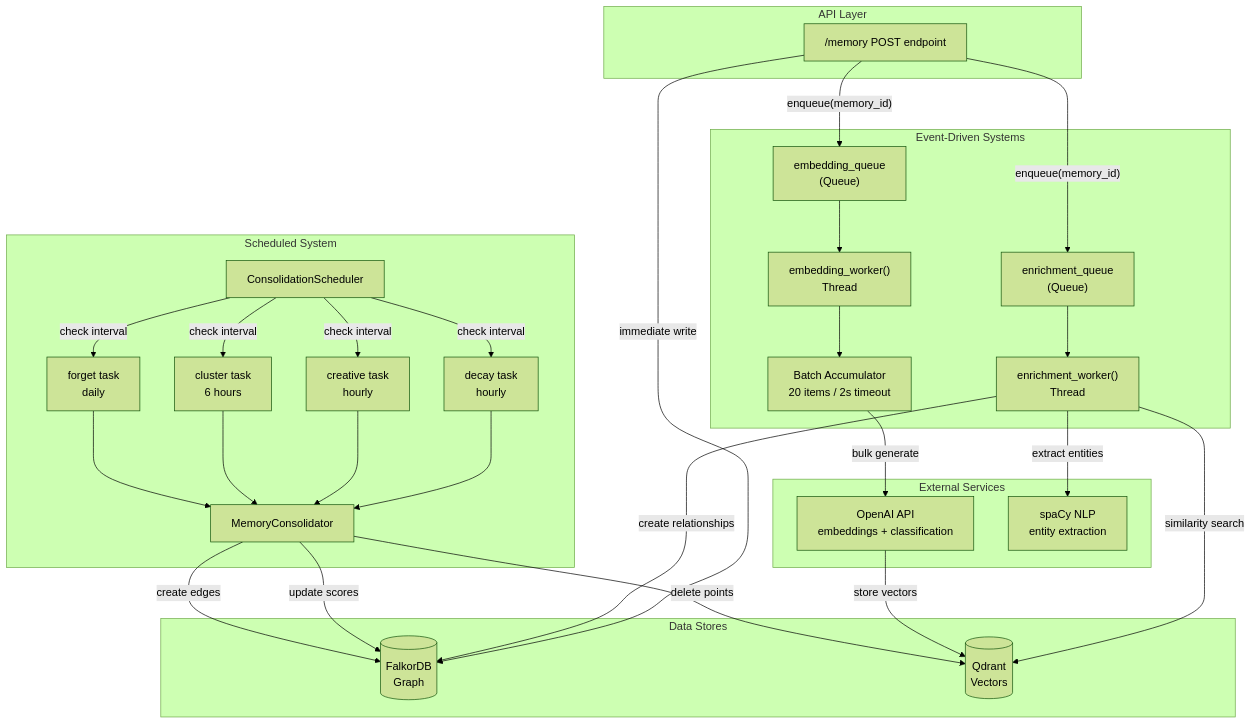
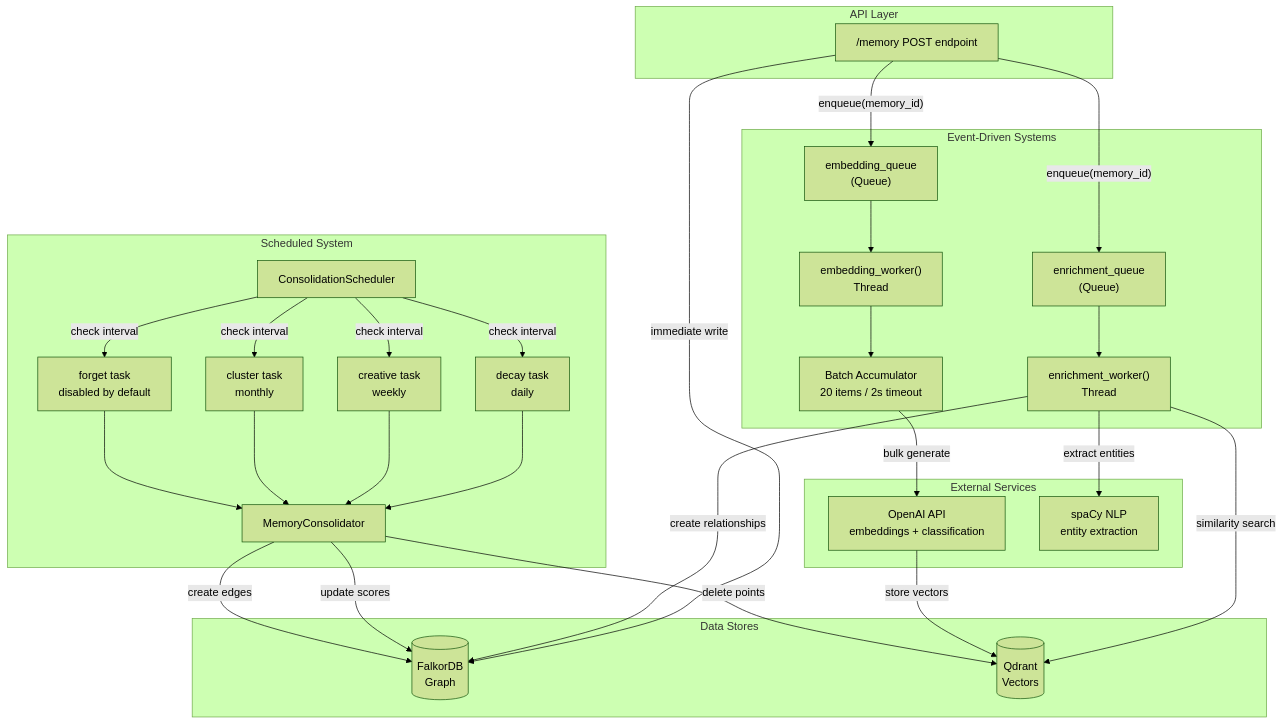
One commit to verygoodplugins/automem-website changed the first of 3 diagrams in src/content/docs/docs/architecture/overview.md. Above: the diagram before and after it, drawn with Mermaid (forest theme). The commit also changed other lines of this file and 15 other files, not shown here.

````diff
--- a/src/content/docs/docs/architecture/overview.md
+++ b/src/content/docs/docs/architecture/overview.md
@@ -64,63 +64,63 @@
 ```mermaid
 graph TB
     subgraph "API Layer"
         POST["/memory POST endpoint"]
     end
 
     subgraph "Event-Driven Systems"
         EQ["enrichment_queue<br/>(Queue)"]
         EW["enrichment_worker()<br/>Thread"]
 
         EmQ["embedding_queue<br/>(Queue)"]
         EmW["embedding_worker()<br/>Thread"]
         Batch["Batch Accumulator<br/>20 items / 2s timeout"]
     end
 
     subgraph "Scheduled System"
         Sched["ConsolidationScheduler"]
         Consol["MemoryConsolidator"]
 
-        Decay["decay task<br/>hourly"]
-        Creative["creative task<br/>hourly"]
-        Cluster["cluster task<br/>6 hours"]
-        Forget["forget task<br/>daily"]
+        Decay["decay task<br/>daily"]
+        Creative["creative task<br/>weekly"]
+        Cluster["cluster task<br/>monthly"]
+        Forget["forget task<br/>disabled by default"]
     end
 
     subgraph "Data Stores"
         Falkor[("FalkorDB<br/>Graph")]
         Qdrant[("Qdrant<br/>Vectors")]
     end
 
     subgraph "External Services"
         OpenAI["OpenAI API<br/>embeddings + classification"]
         Spacy["spaCy NLP<br/>entity extraction"]
     end
 
     POST -->|"enqueue(memory_id)"| EQ
     POST -->|"enqueue(memory_id)"| EmQ
     POST -->|"immediate write"| Falkor
 
     EQ --> EW
     EW -->|"extract entities"| Spacy
     EW -->|"create relationships"| Falkor
     EW -->|"similarity search"| Qdrant
 
     EmQ --> EmW
     EmW --> Batch
     Batch -->|"bulk generate"| OpenAI
     OpenAI -->|"store vectors"| Qdrant
 
     Sched -->|"check interval"| Decay
     Sched -->|"check interval"| Creative
     Sched -->|"check interval"| Cluster
     Sched -->|"check interval"| Forget
 
     Decay --> Consol
     Creative --> Consol
     Cluster --> Consol
     Forget --> Consol
 
     Consol -->|"update scores"| Falkor
     Consol -->|"create edges"| Falkor
     Consol -->|"delete points"| Qdrant
 ```
````
